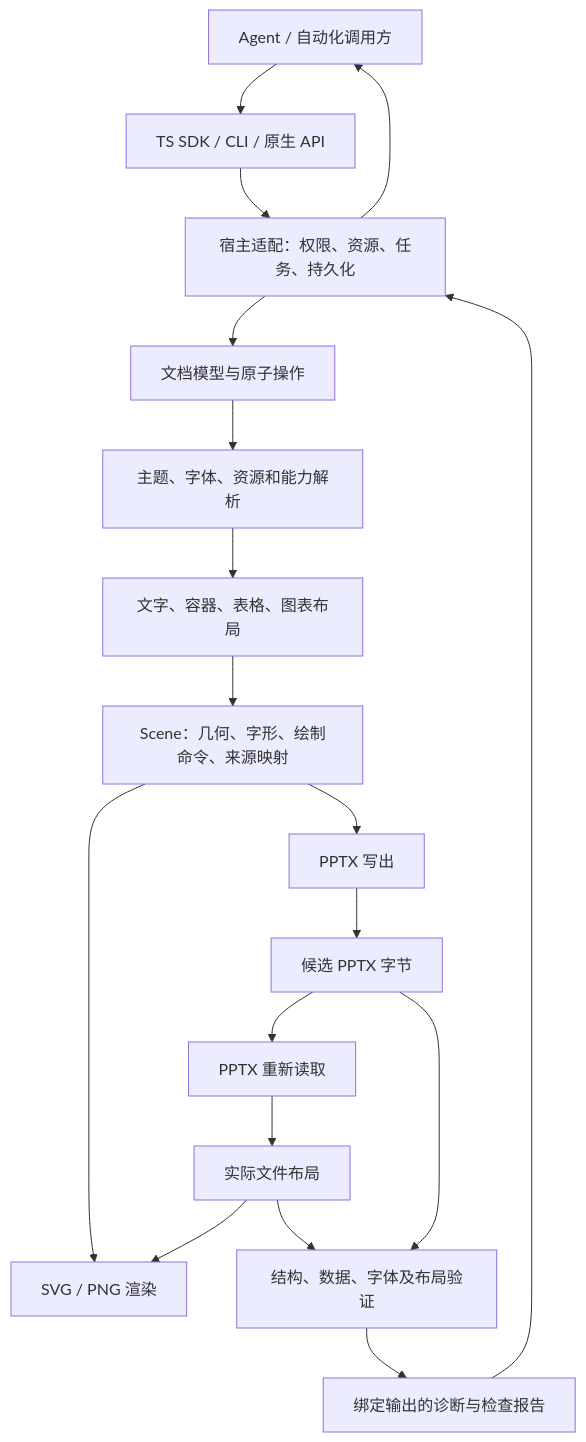
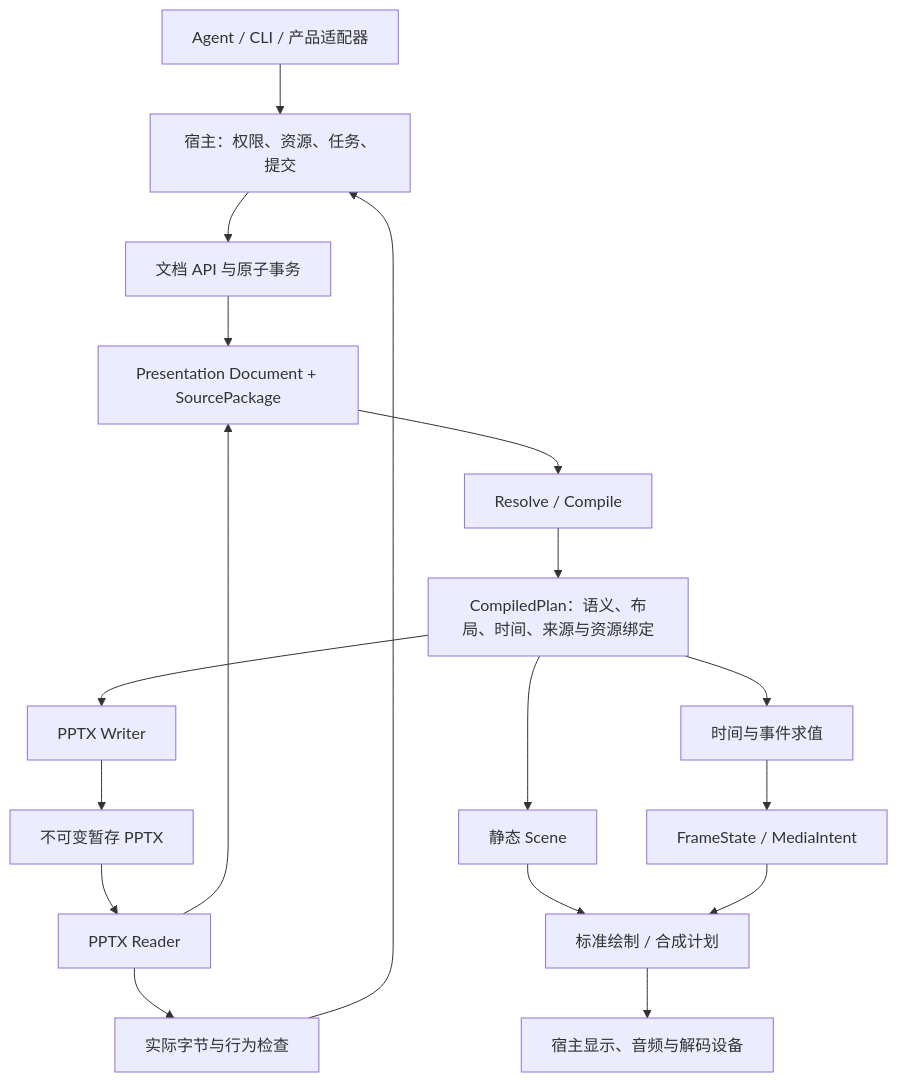
Before and after one commit to wanquanY/MusterOffice: the diagram in docs/design/presentations.md, drawn with Mermaid. The commit also changed other lines of this file and 52 other files, not shown here.

First line of the commit message:
docs(design): establish phase-one architecture and implementation contracts

````diff
--- a/docs/design/presentations.md
+++ b/docs/design/presentations.md
@@ -361,20 +44,20 @@
 ```mermaid
-flowchart TB
-    Agent[Agent / 自动化调用方] --> API[TS SDK / CLI / 原生 API]
-    API --> Host[宿主适配：权限、资源、任务、持久化]
-    Host --> Model[文档模型与原子操作]
-    Model --> Resolve[主题、字体、资源和能力解析]
-    Resolve --> Layout[文字、容器、表格、图表布局]
-    Layout --> Scene[Scene：几何、字形、绘制命令、来源映射]
-    Scene --> Render[SVG / PNG 渲染]
-    Scene --> Writer[PPTX 写出]
-    Writer --> File[候选 PPTX 字节]
-    File --> Reader[PPTX 重新读取]
-    Reader --> FileLayout[实际文件布局]
-    FileLayout --> Render
-    File --> Verify[结构、数据、字体及布局验证]
-    FileLayout --> Verify
-    Verify --> Report[绑定输出的诊断与检查报告]
-    Report --> Host
-    Host --> Agent
+flowchart TD
+  A[Agent / CLI / 产品适配器] --> H[宿主：权限、资源、任务、提交]
+  H --> K[文档 API 与原子事务]
+  P[PPTX Reader] --> D[Presentation Document + SourcePackage]
+  K --> D
+  D --> C[Resolve / Compile]
+  C --> L[CompiledPlan：语义、布局、时间、来源与资源绑定]
+  L --> W[PPTX Writer]
+  L --> T[时间与事件求值]
+  L --> S[静态 Scene]
+  T --> F[FrameState / MediaIntent]
+  S --> R[标准绘制 / 合成计划]
+  F --> R
+  R --> V[宿主显示、音频与解码设备]
+  W --> O[不可变暂存 PPTX]
+  O --> P
+  P --> Q[实际字节与行为检查]
+  Q --> H
 ```
````
